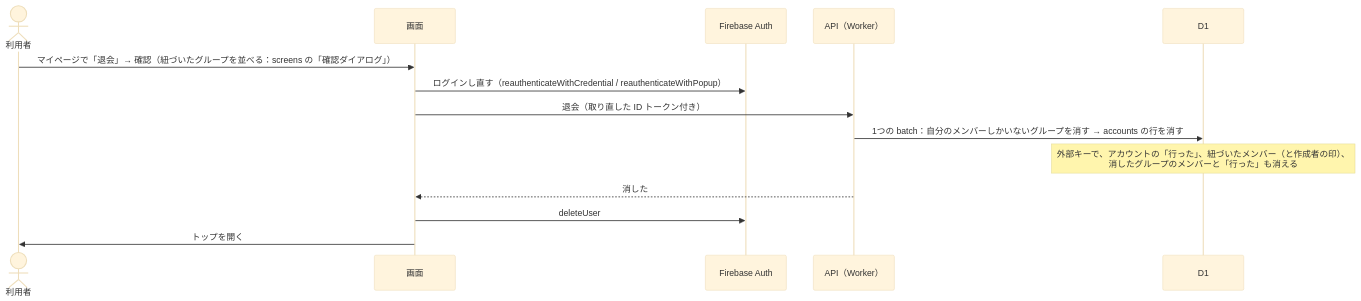
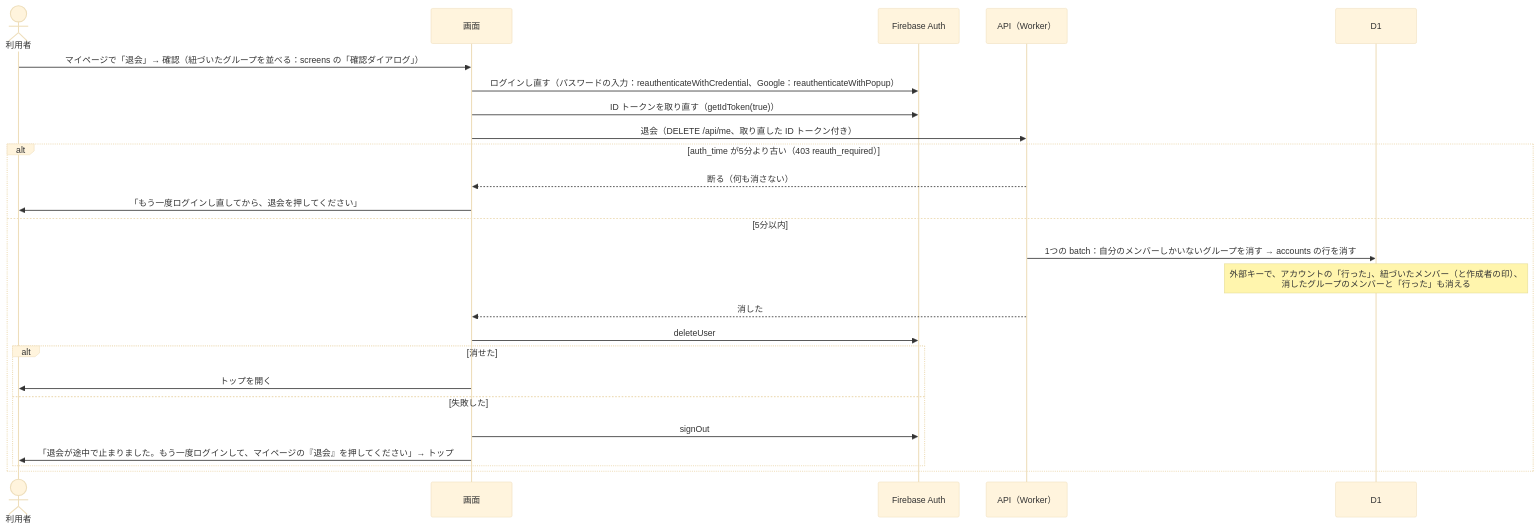
One commit to yuppy52/tabikaigi-map changed the fourth of 4 diagrams in docs/design/auth-flow.md. Above: the diagram before and after it, drawn with Mermaid (base theme). The commit also changed other lines of this file and 18 other files, not shown here.

````diff
--- a/docs/design/auth-flow.md
+++ b/docs/design/auth-flow.md
@@ -194,17 +196,28 @@
 ```mermaid
 sequenceDiagram
   actor U as 利用者
   participant App as 画面
   participant Auth as Firebase Auth
   participant API as API（Worker）
   participant DB as D1
 
   U->>App: マイページで「退会」→ 確認（紐づいたグループを並べる：screens の「確認ダイアログ」）
-  App->>Auth: ログインし直す（reauthenticateWithCredential / reauthenticateWithPopup）
-  App->>API: 退会（取り直した ID トークン付き）
-  API->>DB: 1つの batch：自分のメンバーしかいないグループを消す → accounts の行を消す
-  Note over DB: 外部キーで、アカウントの「行った」、紐づいたメンバー（と作成者の印）、<br/>消したグループのメンバーと「行った」も消える
-  API-->>App: 消した
-  App->>Auth: deleteUser
-  App->>U: トップを開く
+  App->>Auth: ログインし直す（パスワードの入力：reauthenticateWithCredential、Google：reauthenticateWithPopup）
+  App->>Auth: ID トークンを取り直す（getIdToken(true)）
+  App->>API: 退会（DELETE /api/me、取り直した ID トークン付き）
+  alt auth_time が5分より古い（403 reauth_required）
+    API-->>App: 断る（何も消さない）
+    App->>U: 「もう一度ログインし直してから、退会を押してください」
+  else 5分以内
+    API->>DB: 1つの batch：自分のメンバーしかいないグループを消す → accounts の行を消す
+    Note over DB: 外部キーで、アカウントの「行った」、紐づいたメンバー（と作成者の印）、<br/>消したグループのメンバーと「行った」も消える
+    API-->>App: 消した
+    App->>Auth: deleteUser
+    alt 消せた
+      App->>U: トップを開く
+    else 失敗した
+      App->>Auth: signOut
+      App->>U: 「退会が途中で止まりました。もう一度ログインして、マイページの『退会』を押してください」→ トップ
+    end
+  end
 ```
````
